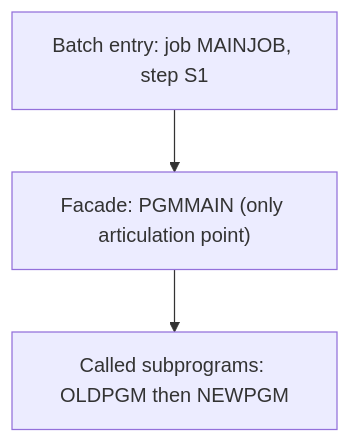
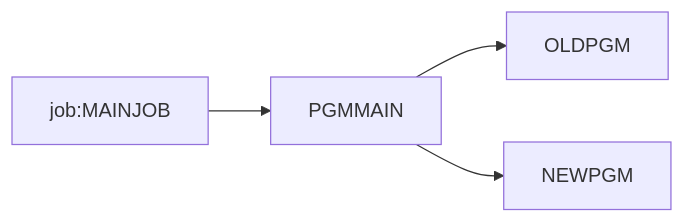
The diagram in evals/runs/12-dormant-program/modernization-assessment/02-coupling.md (Sparq-Holding-Inc/claude-legacy-modernization), drawn with Mermaid before and after one commit. The commit also changed other lines of this file and 268 other files, not shown here.

````diff
--- a/evals/runs/12-dormant-program/modernization-assessment/02-coupling.md
+++ b/evals/runs/12-dormant-program/modernization-assessment/02-coupling.md
@@ -17,5 +16,6 @@
 ```mermaid
-graph TD
-    A["Batch entry: job MAINJOB, step S1"] --> B["Facade: PGMMAIN (only articulation point)"]
-    B --> C["Called subprograms: OLDPGM then NEWPGM"]
+graph LR
+  J[job:MAINJOB] --> M[PGMMAIN]
+  M --> O[OLDPGM]
+  M --> N[NEWPGM]
 ```
````
